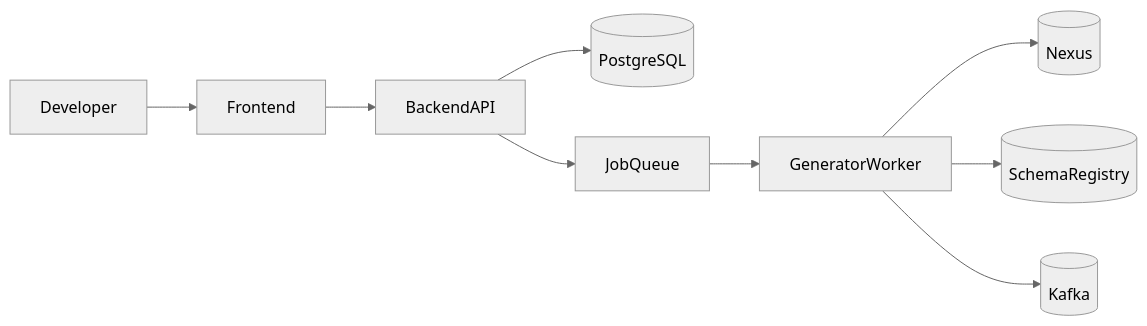
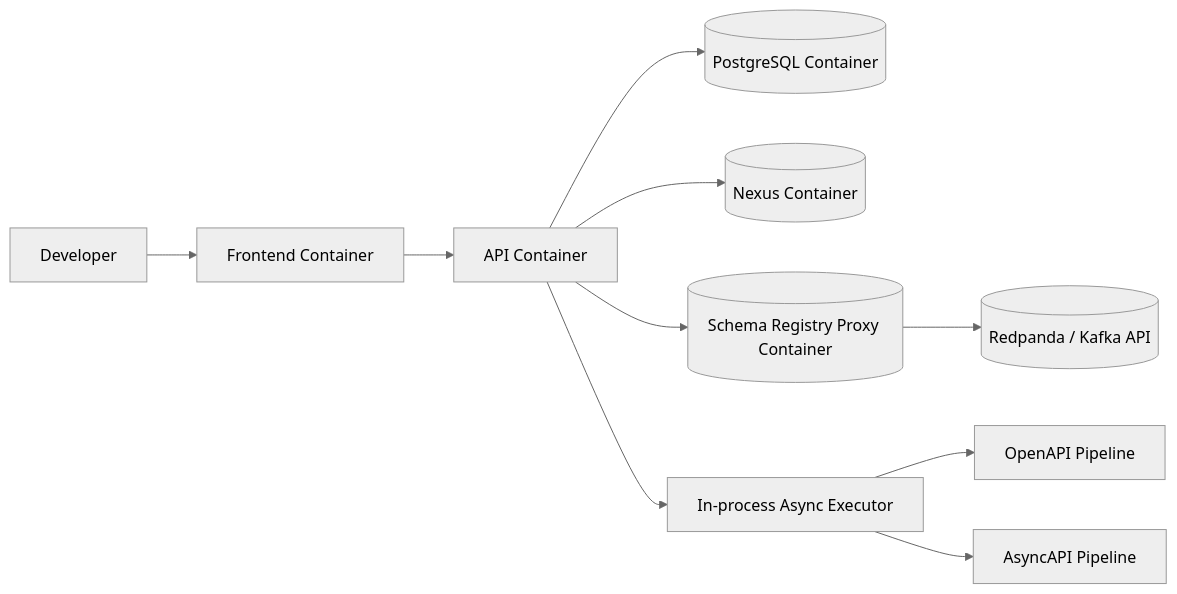
One commit to Davinci803/contract-platform changed the diagram in docs/architecture.md. Above: the diagram before and after it, drawn with Mermaid (neutral theme). The commit also changed other lines of this file and 4 other files, not shown here.

````diff
--- a/docs/architecture.md
+++ b/docs/architecture.md
@@ -3,11 +7,12 @@
 ```mermaid
 flowchart LR
-  developer[Developer] --> ui[Frontend]
-  ui --> api[BackendAPI]
-  api --> db[(PostgreSQL)]
-  api --> queue[JobQueue]
-  queue --> worker[GeneratorWorker]
-  worker --> nexus[(Nexus)]
-  worker --> schema[(SchemaRegistry)]
-  worker --> kafka[(Kafka)]
+  developer[Developer] --> ui[Frontend Container]
+  ui --> api[API Container]
+  api --> db[(PostgreSQL Container)]
+  api --> nexus[(Nexus Container)]
+  api --> schemaProxy[(Schema Registry Proxy Container)]
+  schemaProxy --> redpanda[(Redpanda / Kafka API)]
+  api --> executor[In-process Async Executor]
+  executor --> openapi[OpenAPI Pipeline]
+  executor --> asyncapi[AsyncAPI Pipeline]
 ```
````
